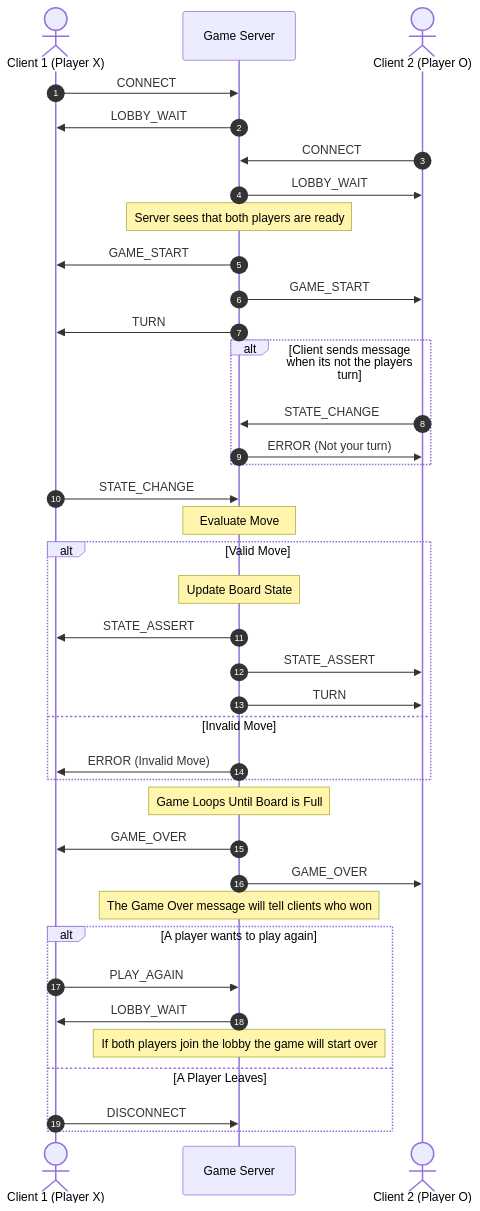
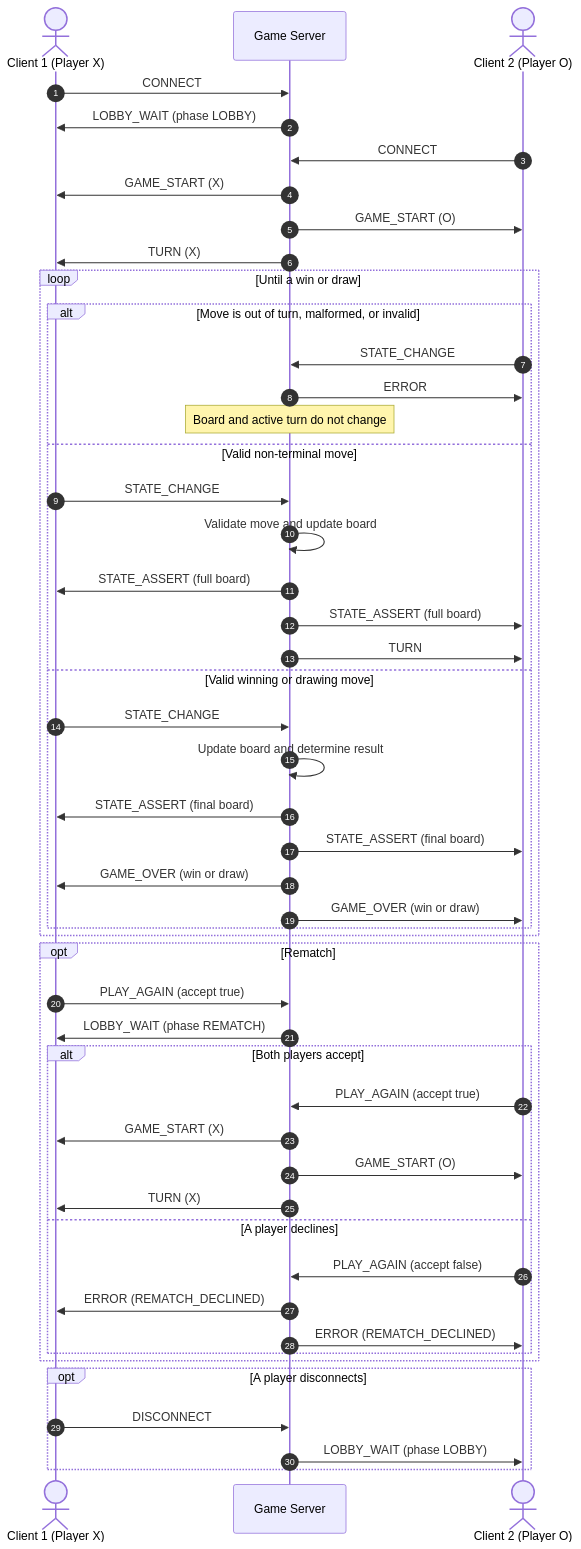
Before and after one commit to Exxabite/CS-457: the diagram in sequence_diagram.md, drawn with Mermaid. The commit also changed 13 other files, not shown here.

````diff
--- a/sequence_diagram.md
+++ b/sequence_diagram.md
@@ -1,43 +1,56 @@
 ```mermaid
 sequenceDiagram
     autonumber
     actor Client1 as Client 1 (Player X)
     participant Server as Game Server
     actor Client2 as Client 2 (Player O)
 
 
     Client1->>Server: CONNECT
-    Server->>Client1: LOBBY_WAIT
+    Server->>Client1: LOBBY_WAIT (phase LOBBY)
     Client2->>Server: CONNECT
-    Server->>Client2: LOBBY_WAIT
-    Note over Server: Server sees that both players are ready
-    Server->>Client1: GAME_START
-    Server->>Client2: GAME_START
-    Server->>Client1: TURN
-    alt Client sends message when its not the players turn
-        Client2->>Server: STATE_CHANGE
-        Server->>Client2: ERROR (Not your turn)
+    Server->>Client1: GAME_START (X)
+    Server->>Client2: GAME_START (O)
+    Server->>Client1: TURN (X)
+
+    loop Until a win or draw
+        alt Move is out of turn, malformed, or invalid
+            Client2->>Server: STATE_CHANGE
+            Server->>Client2: ERROR
+            Note over Server: Board and active turn do not change
+        else Valid non-terminal move
+            Client1->>Server: STATE_CHANGE
+            Server->>Server: Validate move and update board
+            Server->>Client1: STATE_ASSERT (full board)
+            Server->>Client2: STATE_ASSERT (full board)
+            Server->>Client2: TURN
+        else Valid winning or drawing move
+            Client1->>Server: STATE_CHANGE
+            Server->>Server: Update board and determine result
+            Server->>Client1: STATE_ASSERT (final board)
+            Server->>Client2: STATE_ASSERT (final board)
+            Server->>Client1: GAME_OVER (win or draw)
+            Server->>Client2: GAME_OVER (win or draw)
+        end
     end
-    Client1->>Server: STATE_CHANGE
-    Note over Server: Evaluate Move
-    alt Valid Move
-        Note over Server: Update Board State
-        Server->>Client1: STATE_ASSERT
-        Server->>Client2: STATE_ASSERT
-        Server->>Client2: TURN
-    else Invalid Move
-        Server->>Client1: ERROR (Invalid Move)
+
+    opt Rematch
+        Client1->>Server: PLAY_AGAIN (accept true)
+        Server->>Client1: LOBBY_WAIT (phase REMATCH)
+        alt Both players accept
+            Client2->>Server: PLAY_AGAIN (accept true)
+            Server->>Client1: GAME_START (X)
+            Server->>Client2: GAME_START (O)
+            Server->>Client1: TURN (X)
+        else A player declines
+            Client2->>Server: PLAY_AGAIN (accept false)
+            Server->>Client1: ERROR (REMATCH_DECLINED)
+            Server->>Client2: ERROR (REMATCH_DECLINED)
+        end
     end
-    Note over Server: Game Loops Until Board is Full
-    Server->>Client1: GAME_OVER
-    Server->>Client2: GAME_OVER
-    Note over Server: The Game Over message will tell clients who won
-    alt A player wants to play again
-        Client1->>Server: PLAY_AGAIN
-        Server->>Client1: LOBBY_WAIT
-        #Server->>Client2: LOBBY_WAIT
-        Note over Server: If both players join the lobby the game will start over
-    else A Player Leaves
+
+    opt A player disconnects
         Client1->>Server: DISCONNECT
+        Server->>Client2: LOBBY_WAIT (phase LOBBY)
     end
 ```
````
